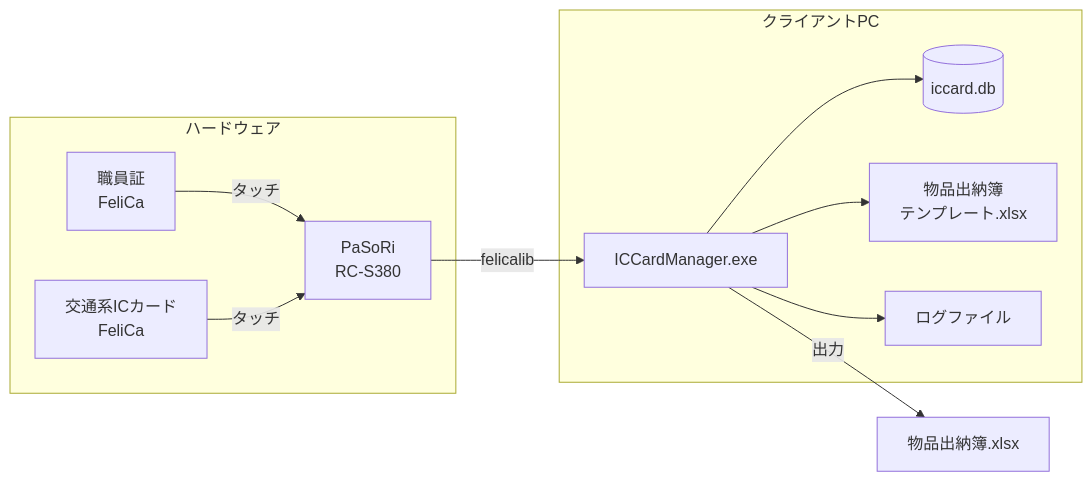
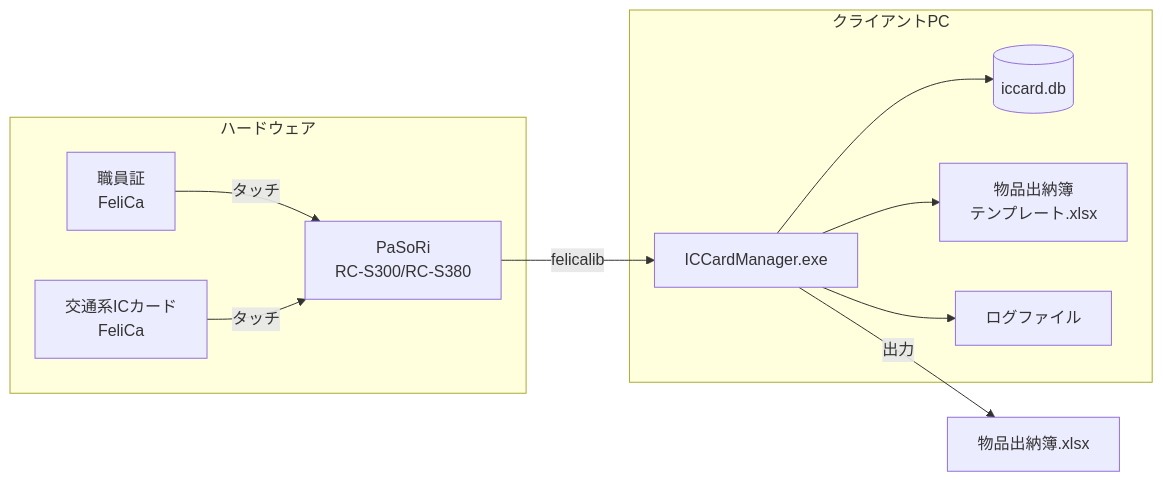
The first of 7 diagrams in ICCardManager/docs/manual/開発者ガイド.md (kuwayamamasayuki/ICCardManager), drawn with Mermaid before and after one commit. The commit also changed other lines of this file and 6 other files, not shown here.

````diff
--- a/ICCardManager/docs/manual/開発者ガイド.md
+++ b/ICCardManager/docs/manual/開発者ガイド.md
@@ -25,23 +25,23 @@
 ```mermaid
 graph LR
     subgraph "クライアントPC"
         APP[ICCardManager.exe]
         DB[(iccard.db)]
         TEMPLATE[物品出納簿<br>テンプレート.xlsx]
         LOG[ログファイル]
     end
 
     subgraph "ハードウェア"
-        PASORI[PaSoRi<br>RC-S380]
+        PASORI[PaSoRi<br>RC-S300/RC-S380]
         STAFF_CARD[職員証<br>FeliCa]
         IC_CARD[交通系ICカード<br>FeliCa]
     end
 
     PASORI -->|felicalib| APP
     STAFF_CARD -->|タッチ| PASORI
     IC_CARD -->|タッチ| PASORI
     APP --> DB
     APP --> TEMPLATE
     APP --> LOG
     APP -->|出力| OUTPUT[物品出納簿.xlsx]
 ```
````
